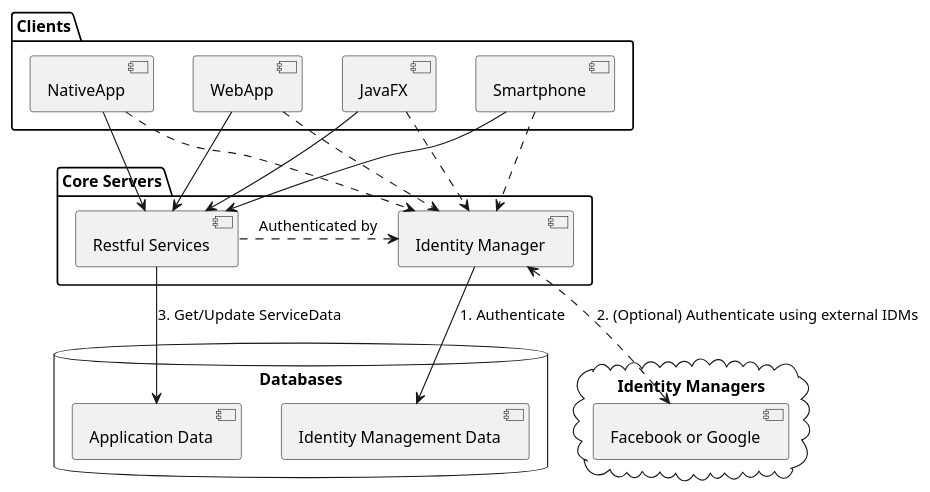
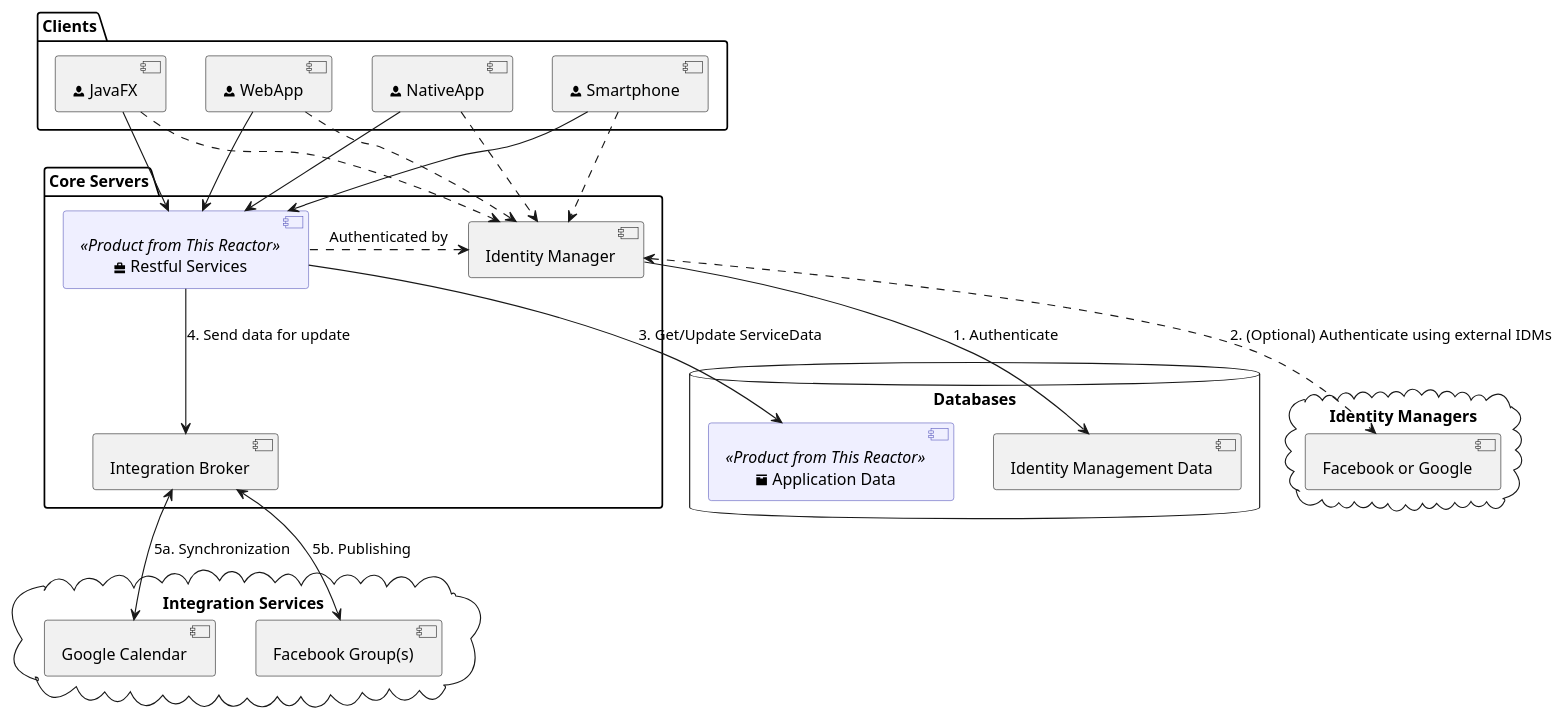
Before and after one commit to Mithlond/mithlond-services: the diagram in src/site/markdown/plantuml/system_structure.puml, drawn with PlantUML. The commit also changed 16 other files, not shown here.

```diff
--- a/src/site/markdown/plantuml/system_structure.puml
+++ b/src/site/markdown/plantuml/system_structure.puml
@@ -1,40 +1,56 @@
 @startuml
 
+skinparam component {
+    backgroundColor<<Product from This Reactor>> #efefff
+    borderColor<<Product from This Reactor>> #5555BB
+}
+
 package "Clients" {
-  [NativeApp] as nativeapp
-  [WebApp] as angular
-  [JavaFX] as javafx
-  [Smartphone] as smartapp
+  [<&person> NativeApp] as nativeapp
+  [<&person> WebApp] as angular
+  [<&person> JavaFX] as javafx
+  [<&person> Smartphone] as smartapp
 }
 
 package "Core Servers" {
-        [Restful Services] as restful
+
+        [<&briefcase> Restful Services] as restful <<Product from This Reactor>>
         [Identity Manager] as idm
+        [Integration Broker] as integration
 }
 
 cloud "Identity Managers" {
     [Facebook or Google] as fb
 }
 
 database "Databases" {
   [Identity Management Data] as authdata
-  [Application Data] as appdata
+  [<&box> Application Data] as appdata <<Product from This Reactor>>
+}
+
+cloud "Integration Services" {
+    [Google Calendar] as google_calendar
+    [Facebook Group(s)] as fb_groups
 }
 
 [nativeapp] ..> [idm]
 [angular] ..> [idm]
 [javafx] ..> [idm]
 [smartapp] ..> [idm]
 
 [idm] -down-> [authdata] : 1. Authenticate
 [idm] <..> [fb] : 2. (Optional) Authenticate using external IDMs
+[restful] -down-> [integration] : 4. Send data for update
+
+[integration] <-down-> [google_calendar] : 5a. Synchronization
+[integration] <-down-> [fb_groups] : 5b. Publishing
 
 [nativeapp] -> [restful]
 [angular] -> [restful]
 [javafx] -> [restful]
 [smartapp] -> [restful]
 
 [restful] -down-> [appdata] : 3. Get/Update ServiceData
 [idm] <.right. [restful] : Authenticated by
 
 @enduml
```
